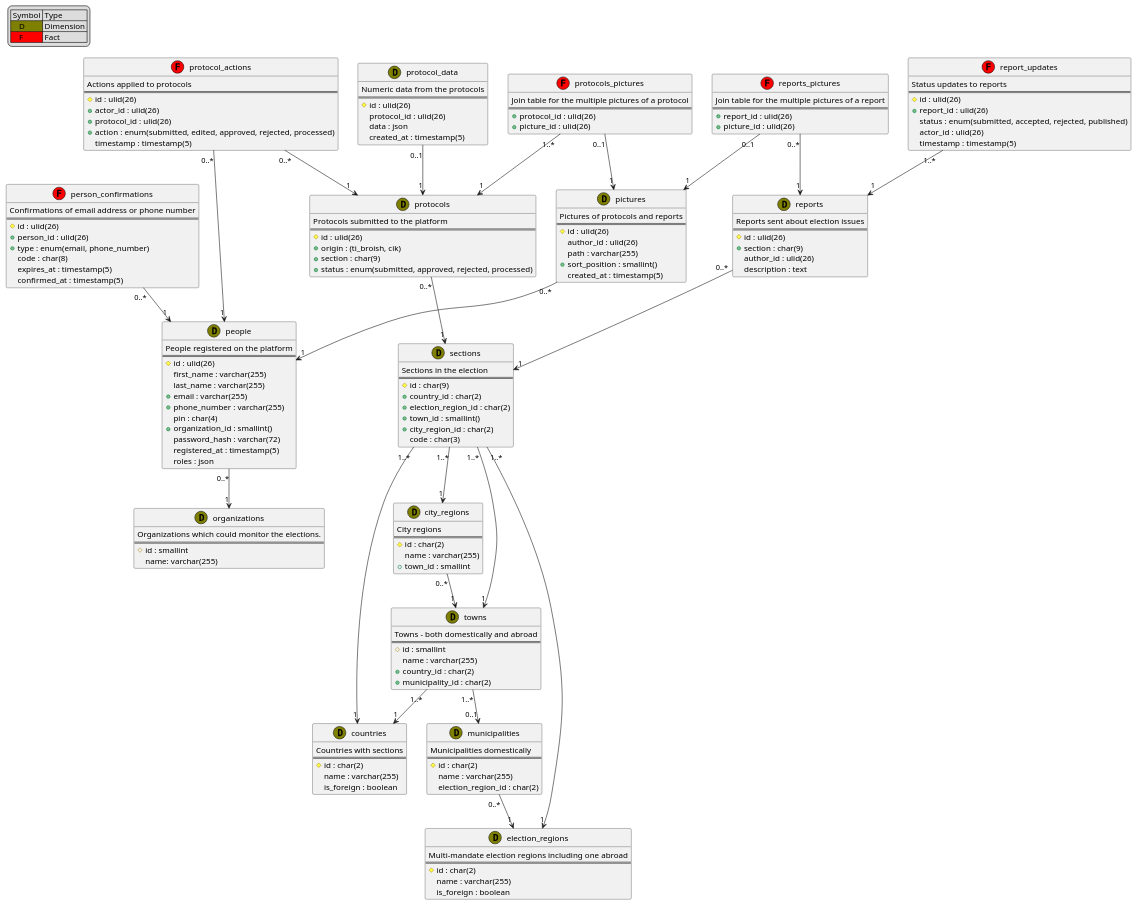
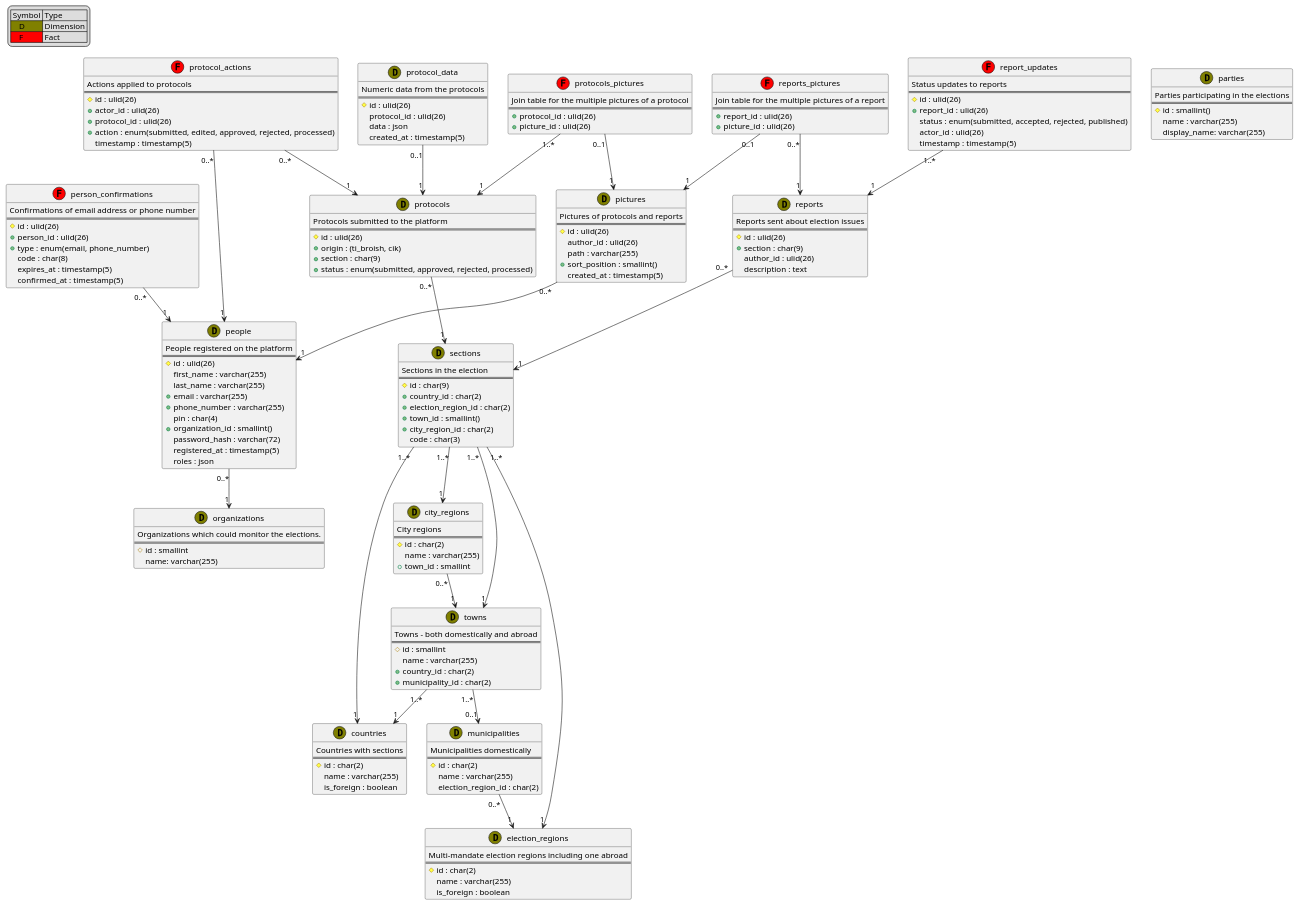
One commit to ti-broish/docs changed the diagram in src/Контекст/Ти Броиш/База Данни/1.database.puml. Above: the diagram before and after it, drawn with PlantUML.

Commit message:
Add parties to the database for listing

```diff
--- a/src/Контекст/Ти Броиш/База Данни/1.database.puml
+++ b/src/Контекст/Ти Броиш/База Данни/1.database.puml
@@ -196,4 +196,12 @@
 
 city_regions "0..*" --> "1" towns
 
+class parties <<(D,olive)>> {
+    Parties participating in the elections
+    ==
+    #id : smallint()
+    name : varchar(255)
+    display_name: varchar(255)
+}
+
 @enduml
```
